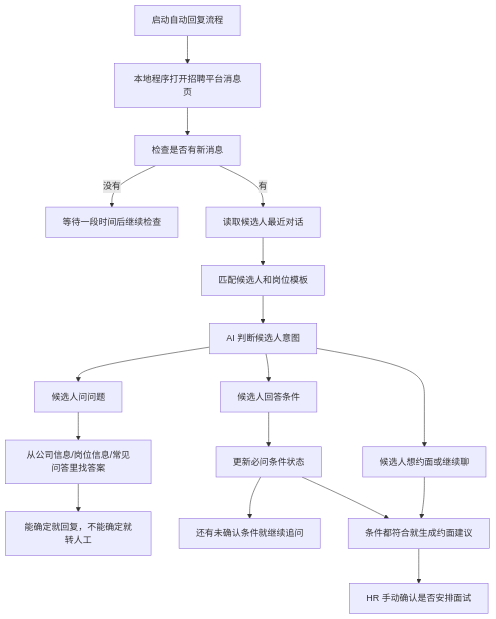
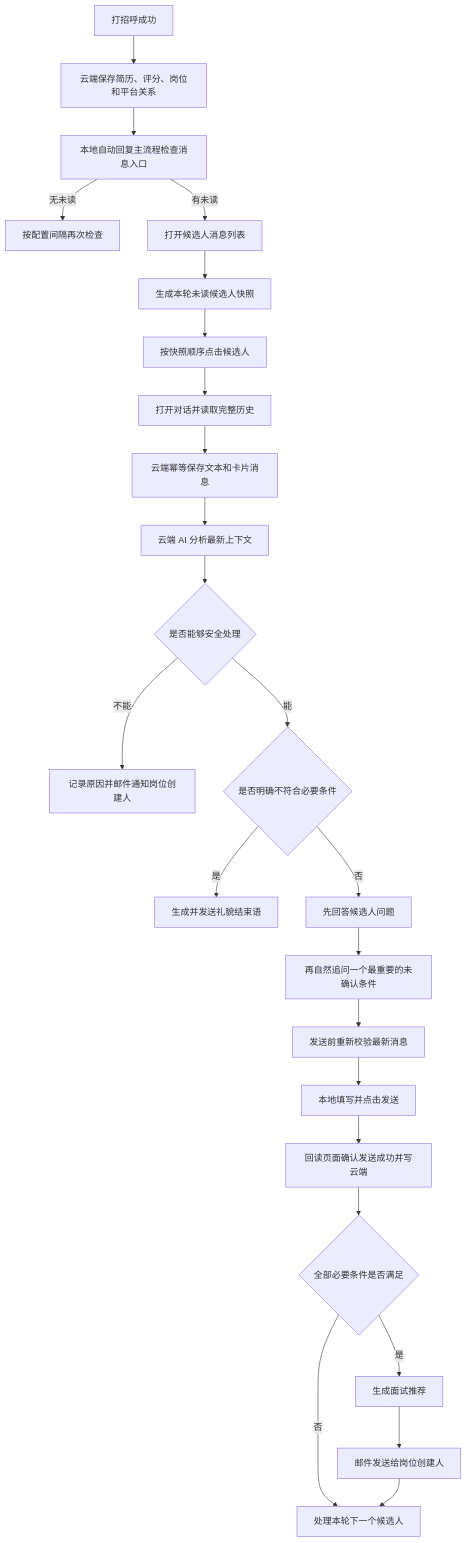
Before and after one commit to hhh0078/goodhr: the second of 2 diagrams in goodhr5/docs/auto-reply-workflow-plan.md, drawn with Mermaid. The commit also changed other lines of this file and 3 other files, not shown here.

````diff
--- a/goodhr5/docs/auto-reply-workflow-plan.md
+++ b/goodhr5/docs/auto-reply-workflow-plan.md
@@ -108,19 +94,26 @@
 ```mermaid
 flowchart TD
-  A["启动自动回复流程"] --> B["本地程序打开招聘平台消息页"]
-  B --> C["检查是否有新消息"]
-  C -->|没有| D["等待一段时间后继续检查"]
-  C -->|有| E["读取候选人最近对话"]
-  E --> F["匹配候选人和岗位模板"]
-  F --> G["AI 判断候选人意图"]
-  G --> H["候选人问问题"]
-  G --> I["候选人回答条件"]
-  G --> J["候选人想约面或继续聊"]
-  H --> K["从公司信息/岗位信息/常见问答里找答案"]
-  K --> L["能确定就回复，不能确定就转人工"]
-  I --> M["更新必问条件状态"]
-  M --> N["还有未确认条件就继续追问"]
-  M --> O["条件都符合就生成约面建议"]
-  J --> O
-  O --> P["HR 手动确认是否安排面试"]
+  A["打招呼成功"] --> B["云端保存简历、评分、岗位和平台关系"]
+  B --> C["本地自动回复主流程检查消息入口"]
+  C -->|无未读| D["按配置间隔再次检查"]
+  C -->|有未读| E["打开候选人消息列表"]
+  E --> F["生成本轮未读候选人快照"]
+  F --> G["按快照顺序点击候选人"]
+  G --> H["打开对话并读取完整历史"]
+  H --> I["云端幂等保存文本和卡片消息"]
+  I --> J["云端 AI 分析最新上下文"]
+  J --> K{"是否能够安全处理"}
+  K -->|不能| L["记录原因并邮件通知岗位创建人"]
+  K -->|能| M{"是否明确不符合必要条件"}
+  M -->|是| N["生成并发送礼貌结束语"]
+  M -->|否| O["先回答候选人问题"]
+  O --> P["再自然追问一个最重要的未确认条件"]
+  P --> Q["发送前重新校验最新消息"]
+  Q --> R["本地填写并点击发送"]
+  R --> S["回读页面确认发送成功并写云端"]
+  S --> T{"全部必要条件是否满足"}
+  T -->|否| U["处理本轮下一个候选人"]
+  T -->|是| V["生成面试推荐"]
+  V --> W["邮件发送给岗位创建人"]
+  W --> U
 ```
````
